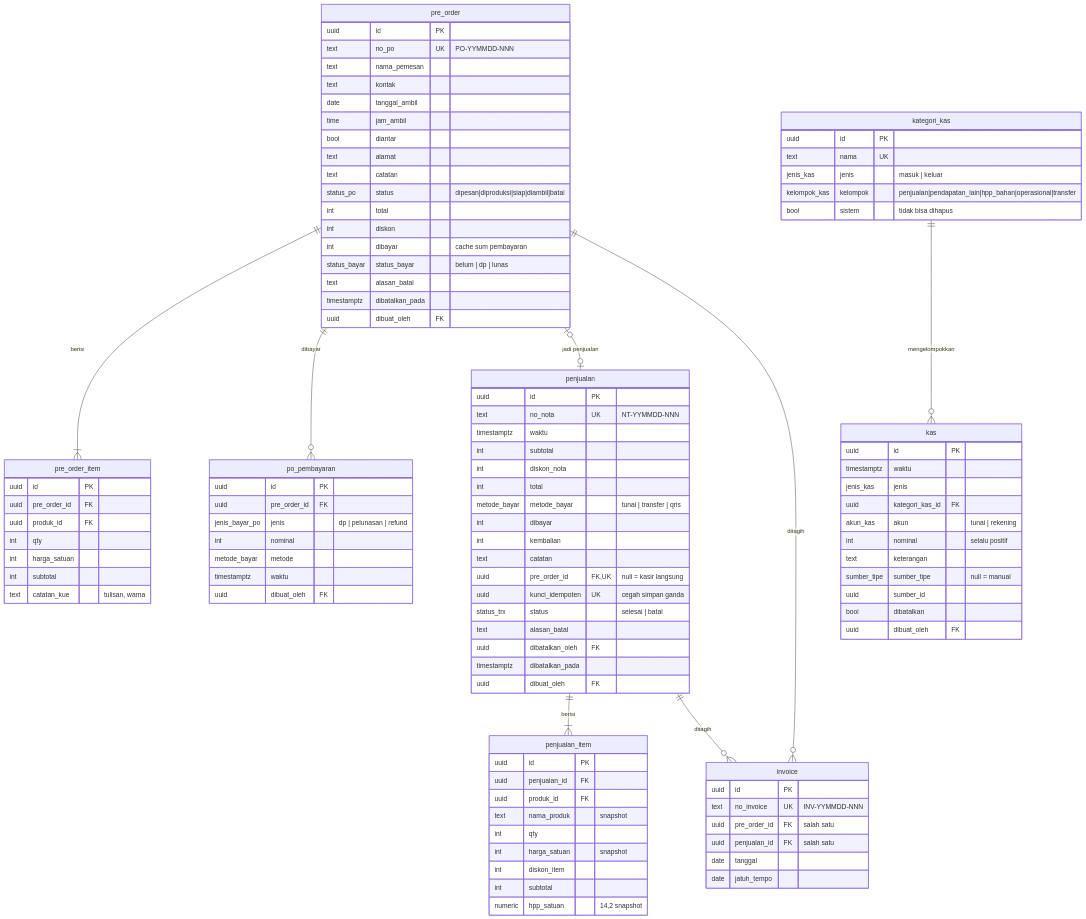
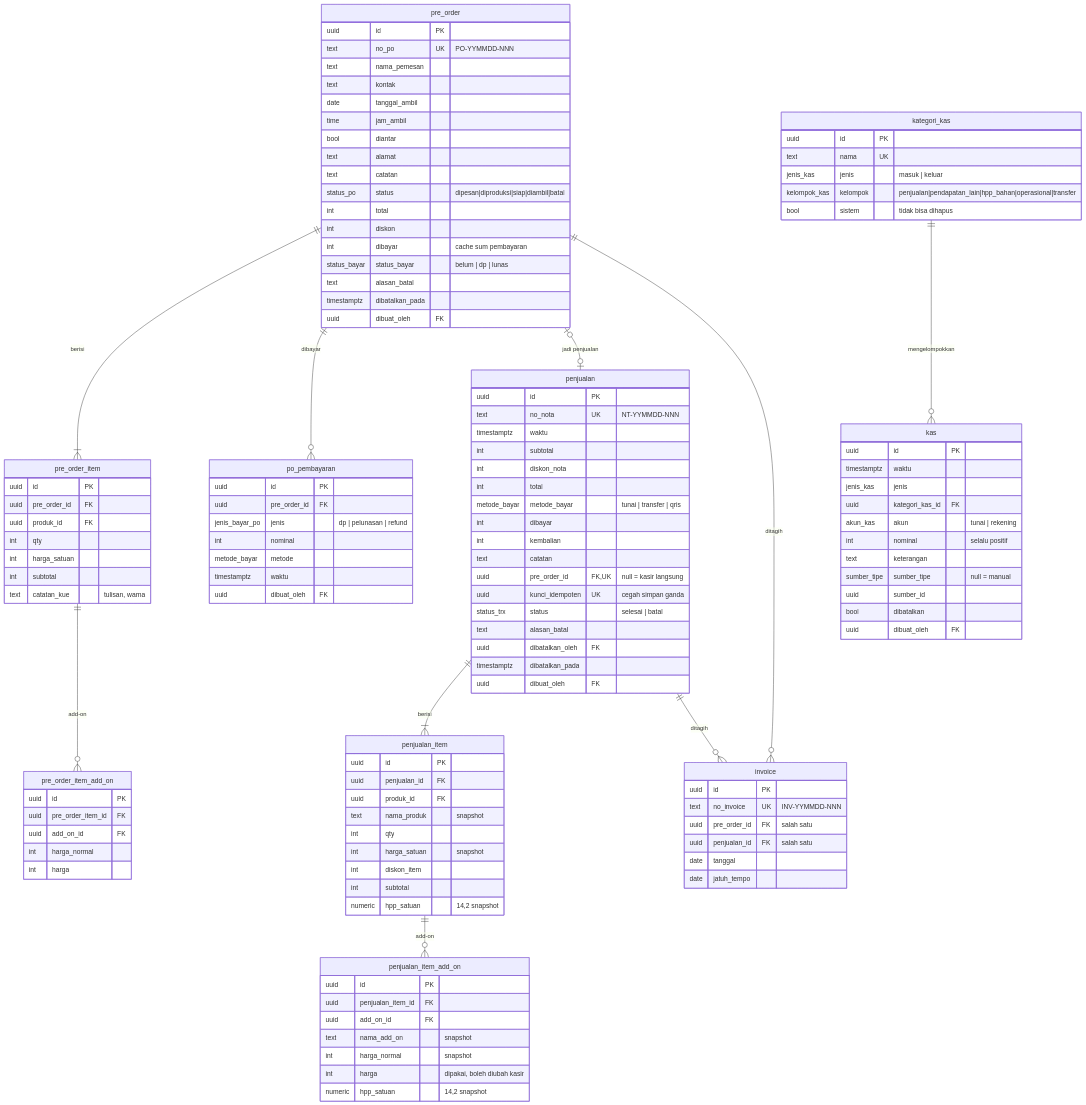
One commit to gilbertusk/bakery changed the fourth of 5 diagrams in docs/ERD.md. Above: the diagram before and after it, drawn with Mermaid. The commit also changed other lines of this file and 5 other files, not shown here.

Commit message:
docs: add-on (F-ADD) di PRD/ERD/PLAN/prompt

```diff
--- a/docs/ERD.md
+++ b/docs/ERD.md
@@ -309,6 +327,15 @@
         int subtotal
         numeric hpp_satuan "14,2 snapshot"
     }
+    penjualan_item_add_on {
+        uuid id PK
+        uuid penjualan_item_id FK
+        uuid add_on_id FK
+        text nama_add_on "snapshot"
+        int harga_normal "snapshot"
+        int harga "dipakai, boleh diubah kasir"
+        numeric hpp_satuan "14,2 snapshot"
+    }
     pre_order {
         uuid id PK
         text no_po UK "PO-YYMMDD-NNN"
@@ -336,6 +363,13 @@
         int harga_satuan
         int subtotal
         text catatan_kue "tulisan, warna"
+    }
+    pre_order_item_add_on {
+        uuid id PK
+        uuid pre_order_item_id FK
+        uuid add_on_id FK
+        int harga_normal
+        int harga
     }
     po_pembayaran {
         uuid id PK
@@ -376,7 +410,9 @@
     }
 
     penjualan ||--|{ penjualan_item : berisi
+    penjualan_item ||--o{ penjualan_item_add_on : "add-on"
     pre_order ||--|{ pre_order_item : berisi
+    pre_order_item ||--o{ pre_order_item_add_on : "add-on"
     pre_order ||--o{ po_pembayaran : dibayar
     pre_order |o--o| penjualan : "jadi penjualan"
     pre_order ||--o{ invoice : ditagih
```
